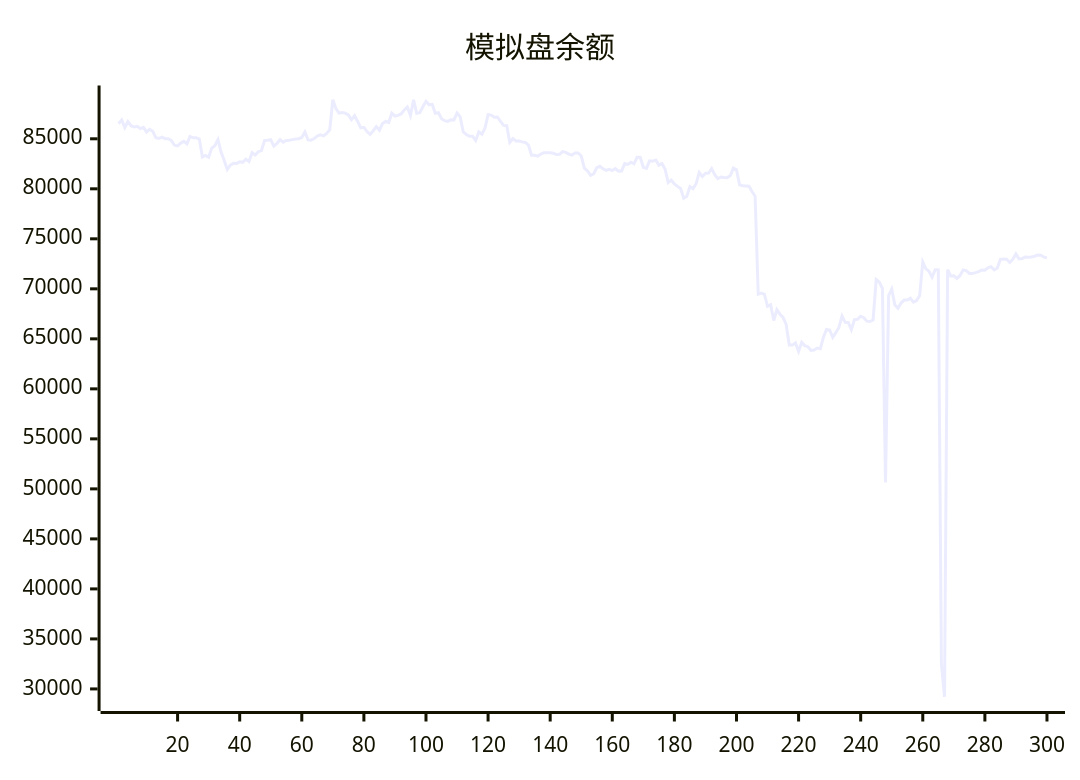
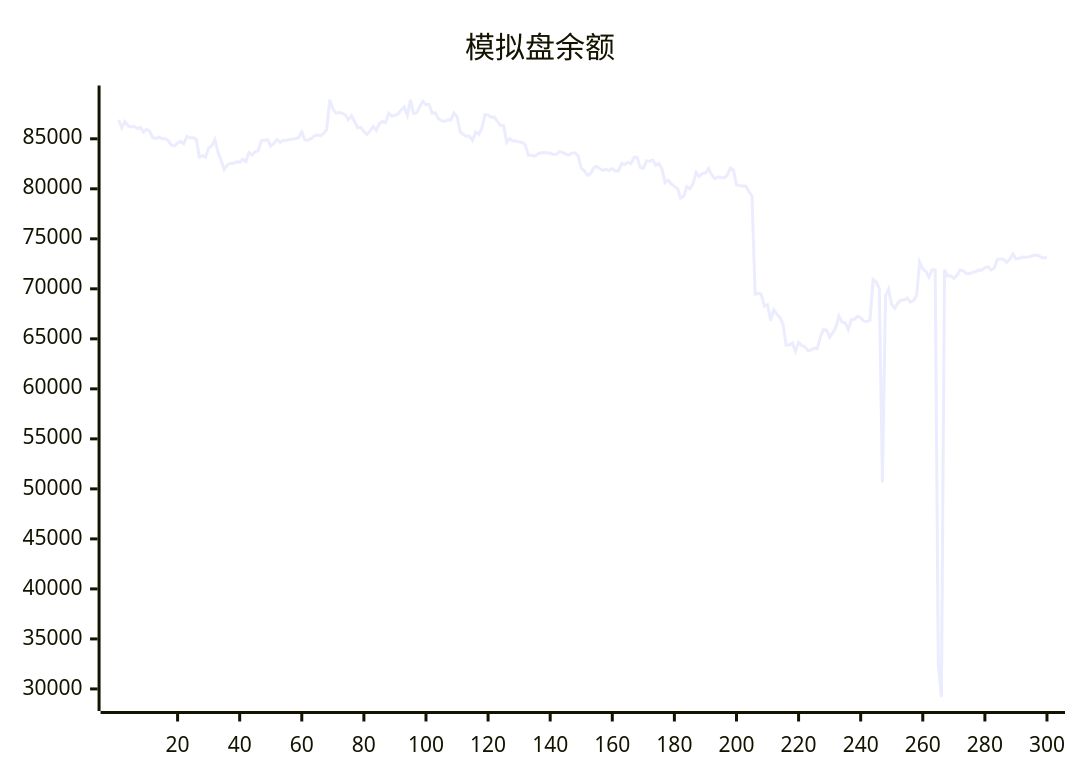
The diagram in README.md (aahl/ai-trading), drawn with Mermaid before and after one commit. The commit also changed other lines of this file and 1 other file, not shown here.

````diff
--- a/README.md
+++ b/README.md
@@ -5,5 +5,5 @@
 ```mermaid
 xychart
     title "模拟盘余额"
-    line [86503,86886,86114,86731,86310,86176,86240,86017,86136,85685,85938,85749,85111,85044,85164,85016,85008,84824,84354,84287,84572,84745,84500,85234,85096,85095,84970,83180,83338,83157,84070,84309,84922,83667,82850,81924,82369,82552,82539,82695,82648,82962,82728,83619,83378,83710,83825,84819,84854,84917,84265,84527,84919,84668,84834,84850,84916,84981,85004,85131,85674,84891,84864,85019,85284,85393,85294,85538,85894,88904,88012,87567,87625,87568,87386,86920,87313,86737,86094,86143,85725,85437,85787,86219,85859,86526,86740,86630,87563,87264,87335,87483,87886,88180,87335,88894,87544,87608,88207,88755,88401,88444,87543,87608,87000,86810,86740,86894,86884,87576,87209,85686,85435,85251,85255,84820,85689,85453,86066,87420,87373,87161,87178,86740,86341,86315,84643,85012,84772,84768,84690,84635,84376,83360,83357,83259,83474,83608,83606,83602,83548,83440,83454,83724,83644,83464,83365,83590,83592,83275,82072,81806,81344,81492,82109,82254,82006,81848,81955,81829,82022,81769,81776,82522,82441,82656,82498,83144,83144,82150,82038,82797,82763,82872,82367,82536,81981,80612,80862,80484,80242,80034,79063,79245,80226,80016,80507,81625,81233,81544,81578,82016,81401,81019,81186,81130,81118,81306,82066,81909,80392,80304,80291,80258,79729,79261,69466,69579,69456,68251,68415,66832,67911,67462,67144,66432,64380,64375,64606,63740,64647,64324,64216,63842,63877,64078,64008,65156,65945,65888,65157,65625,66144,67284,66653,66639,65924,66925,66956,67263,67108,66766,66729,66886,70927,70673,70049,50652,69334,69973,68400,68061,68578,68876,68879,69055,68662,68822,69329,72687,71999,71760,71162,71911,71896,32500,29218,71927,71297,71305,71044,71337,71883,71822,71536,71536,71622,71723,71880,71860,72100,72216,71887,72077,72940,72976,72966,72638,72948,73497,73004,73041,73173,73160,73186,73258,73375,73351,73173,73098]
+    line [86886,86114,86731,86310,86176,86240,86017,86136,85685,85938,85749,85111,85044,85164,85016,85008,84824,84354,84287,84572,84745,84500,85234,85096,85095,84970,83180,83338,83157,84070,84309,84922,83667,82850,81924,82369,82552,82539,82695,82648,82962,82728,83619,83378,83710,83825,84819,84854,84917,84265,84527,84919,84668,84834,84850,84916,84981,85004,85131,85674,84891,84864,85019,85284,85393,85294,85538,85894,88904,88012,87567,87625,87568,87386,86920,87313,86737,86094,86143,85725,85437,85787,86219,85859,86526,86740,86630,87563,87264,87335,87483,87886,88180,87335,88894,87544,87608,88207,88755,88401,88444,87543,87608,87000,86810,86740,86894,86884,87576,87209,85686,85435,85251,85255,84820,85689,85453,86066,87420,87373,87161,87178,86740,86341,86315,84643,85012,84772,84768,84690,84635,84376,83360,83357,83259,83474,83608,83606,83602,83548,83440,83454,83724,83644,83464,83365,83590,83592,83275,82072,81806,81344,81492,82109,82254,82006,81848,81955,81829,82022,81769,81776,82522,82441,82656,82498,83144,83144,82150,82038,82797,82763,82872,82367,82536,81981,80612,80862,80484,80242,80034,79063,79245,80226,80016,80507,81625,81233,81544,81578,82016,81401,81019,81186,81130,81118,81306,82066,81909,80392,80304,80291,80258,79729,79261,69466,69579,69456,68251,68415,66832,67911,67462,67144,66432,64380,64375,64606,63740,64647,64324,64216,63842,63877,64078,64008,65156,65945,65888,65157,65625,66144,67284,66653,66639,65924,66925,66956,67263,67108,66766,66729,66886,70927,70673,70049,50652,69334,69973,68400,68061,68578,68876,68879,69055,68662,68822,69329,72687,71999,71760,71162,71911,71896,32500,29218,71927,71297,71305,71044,71337,71883,71822,71536,71536,71622,71723,71880,71860,72100,72216,71887,72077,72940,72976,72966,72638,72948,73497,73004,73041,73173,73160,73186,73258,73375,73351,73173,73098,73161]
 ```
````
